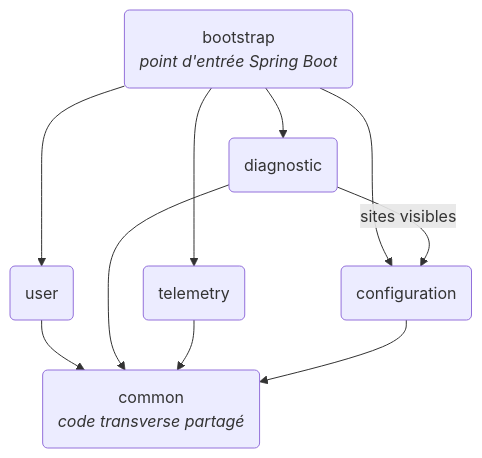
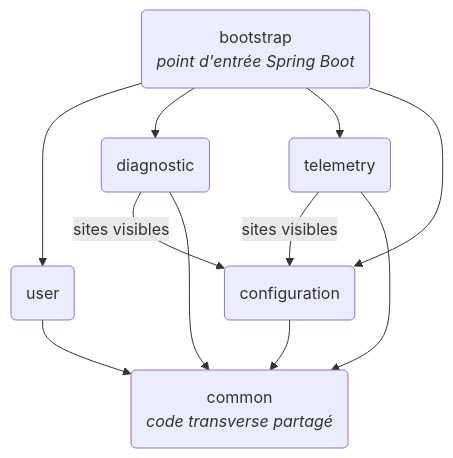
The diagram in services/core-api/README.md (enervision-project/smart-energy-optimizer), drawn with Mermaid before and after one commit. The commit also changed other lines of this file and 3 other files, not shown here.

````diff
--- a/services/core-api/README.md
+++ b/services/core-api/README.md
@@ -9,19 +9,20 @@
 ```mermaid
 flowchart TD
     APP("bootstrap<br/><i>point d'entrée Spring Boot</i>")
     USER("user")
     DIAG("diagnostic")
     TELEM("telemetry")
     CONF("configuration")
     COMMON("common<br/><i>code transverse partagé</i>")
 
     APP --> USER
     APP --> DIAG
     APP --> TELEM
     APP --> CONF
     DIAG -->|sites visibles| CONF
+    TELEM -->|sites visibles| CONF
     USER --> COMMON
     DIAG --> COMMON
     TELEM --> COMMON
     CONF --> COMMON
 ```
````
